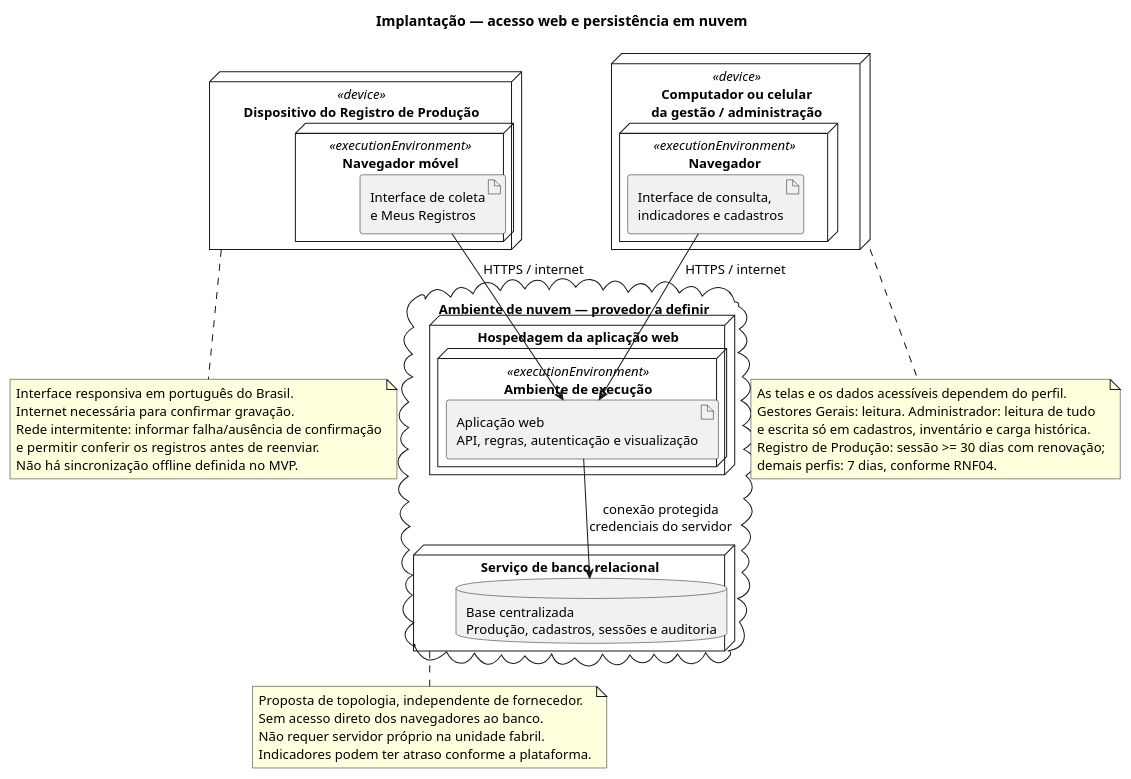
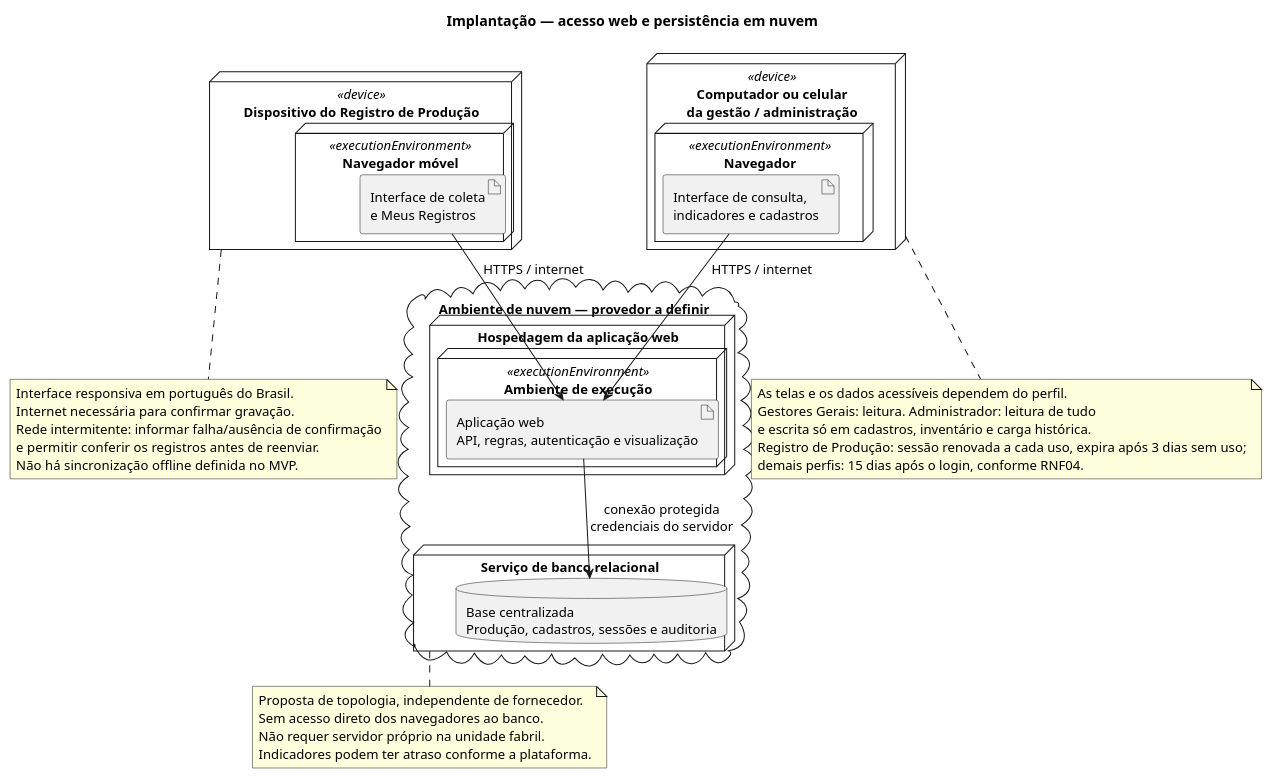
The diagram in docs/uml/10_implantacao.puml (emilynerys/Projeto-Cer-mica-SOCRE), drawn with PlantUML before and after one commit. The commit also changed 5 other files, not shown here.

First line of the commit message:
Muda a sessão para 3 dias sem uso e 15 dias nos demais perfis

```diff
--- a/docs/uml/10_implantacao.puml
+++ b/docs/uml/10_implantacao.puml
@@ -1,55 +1,55 @@
 @startuml
 !pragma layout smetana
 skinparam shadowing false
 skinparam defaultFontName Arial
 skinparam defaultFontSize 13
 title Implantação — acesso web e persistência em nuvem
 
 node "Dispositivo do Registro de Produção" as Celular <<device>> {
   node "Navegador móvel" as BrowserRegistro <<executionEnvironment>> {
     artifact "Interface de coleta\ne Meus Registros" as Coleta
   }
 }
 
 node "Computador ou celular\nda gestão / administração" as Computador <<device>> {
   node "Navegador" as BrowserGestao <<executionEnvironment>> {
     artifact "Interface de consulta,\nindicadores e cadastros" as Gestao
   }
 }
 
 cloud "Ambiente de nuvem — provedor a definir" {
   node "Hospedagem da aplicação web" as HostApp {
     node "Ambiente de execução" as Runtime <<executionEnvironment>> {
       artifact "Aplicação web\nAPI, regras, autenticação e visualização" as App
     }
   }
   node "Serviço de banco relacional" as HostBD {
     database "Base centralizada\nProdução, cadastros, sessões e auditoria" as BD
   }
 }
 
 Coleta --> App : HTTPS / internet
 Gestao --> App : HTTPS / internet
 App --> BD : conexão protegida\ncredenciais do servidor
 
 note bottom of Celular
   Interface responsiva em português do Brasil.
   Internet necessária para confirmar gravação.
   Rede intermitente: informar falha/ausência de confirmação
   e permitir conferir os registros antes de reenviar.
   Não há sincronização offline definida no MVP.
 end note
 note bottom of Computador
   As telas e os dados acessíveis dependem do perfil.
   Gestores Gerais: leitura. Administrador: leitura de tudo
   e escrita só em cadastros, inventário e carga histórica.
-  Registro de Produção: sessão >= 30 dias com renovação;
-  demais perfis: 7 dias, conforme RNF04.
+  Registro de Produção: sessão renovada a cada uso, expira após 3 dias sem uso;
+  demais perfis: 15 dias após o login, conforme RNF04.
 end note
 note bottom of HostBD
   Proposta de topologia, independente de fornecedor.
   Sem acesso direto dos navegadores ao banco.
   Não requer servidor próprio na unidade fabril.
   Indicadores podem ter atraso conforme a plataforma.
 end note
 @enduml
```
